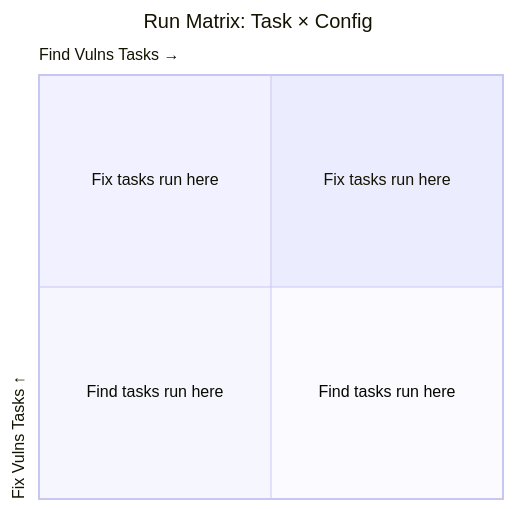
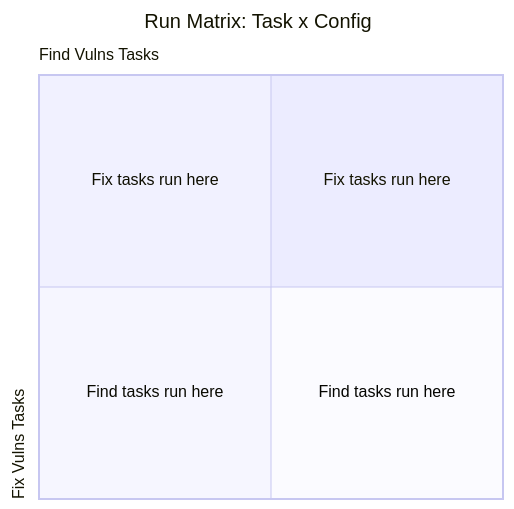
The second of 5 diagrams in docs/benchmark.md (lirantal/coding-agent-security-benchmark), drawn with Mermaid before and after one commit. The commit also changed other lines of this file and 10 other files, not shown here.

````diff
--- a/docs/benchmark.md
+++ b/docs/benchmark.md
@@ -125,10 +134,10 @@
 ```mermaid
 quadrantChart
-    title Run Matrix: Task × Config
-    x-axis "Find Vulns Tasks →"
-    y-axis "Fix Vulns Tasks ↑"
-    quadrant-1 "Fix tasks run here"
-    quadrant-2 "Fix tasks run here"
-    quadrant-3 "Find tasks run here"
-    quadrant-4 "Find tasks run here"
+    title Run Matrix: Task x Config
+    x-axis Find Vulns Tasks
+    y-axis Fix Vulns Tasks
+    quadrant-1 Fix tasks run here
+    quadrant-2 Fix tasks run here
+    quadrant-3 Find tasks run here
+    quadrant-4 Find tasks run here
 ```
````
